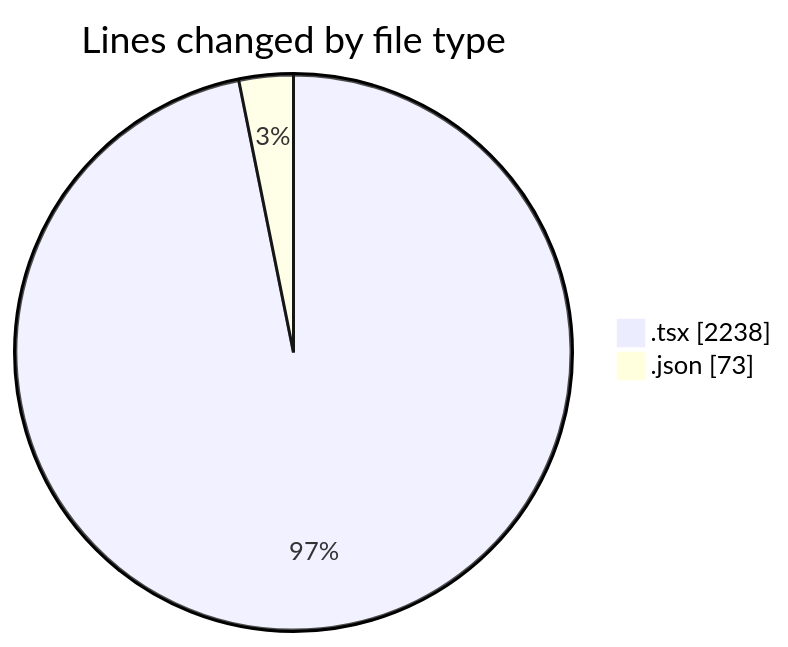
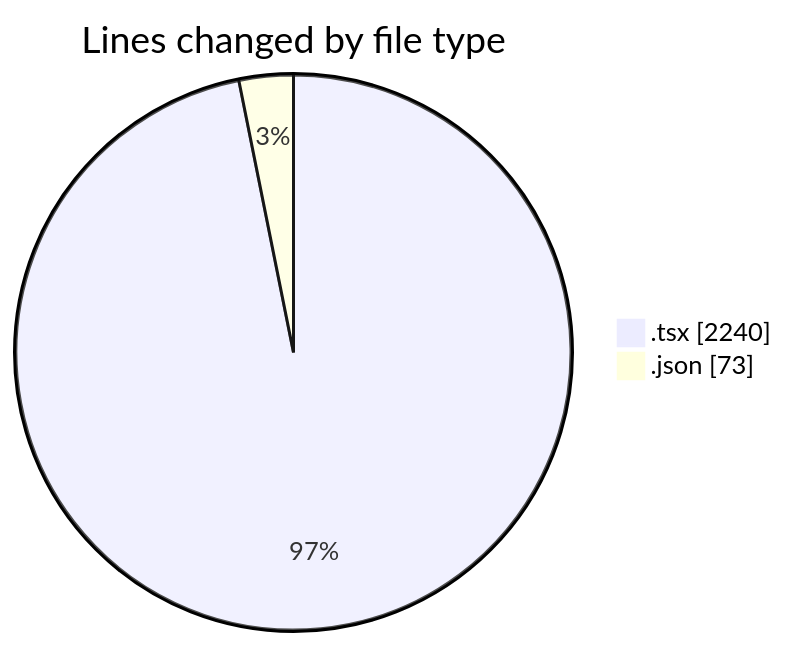
One commit to momahboobian/code-tracking changed the first of 2 diagrams in 2025-10-02/cda/README.md. Above: the diagram before and after it, drawn with Mermaid. The commit also changed other lines of this file and 1 other file, not shown here.

````diff
--- a/2025-10-02/cda/README.md
+++ b/2025-10-02/cda/README.md
@@ -23,6 +23,6 @@
 ```mermaid
 pie showData
 title Lines changed by file type
-".tsx" : 2238
+".tsx" : 2240
 ".json" : 73
 ```
````
